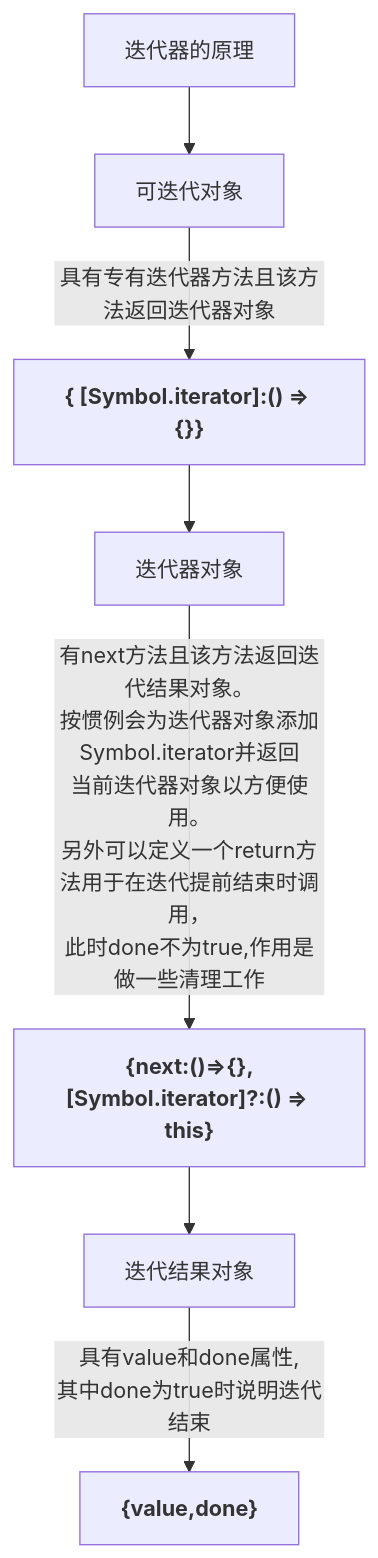
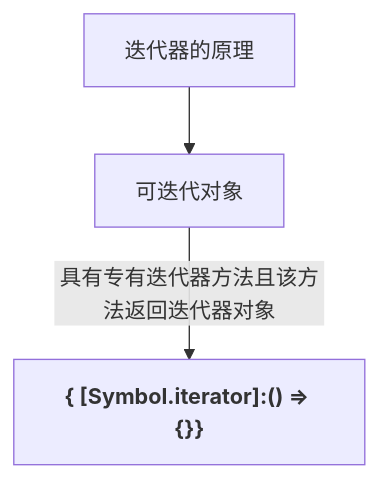
Before and after one commit to dxyqqs/javascript-the_definitive_guide: the diagram in 12/12-1/README.md, drawn with Mermaid. The commit also changed other lines of this file, not shown here.

Commit message:
fixed the mermaid issue

````diff
--- a/12/12-1/README.md
+++ b/12/12-1/README.md
@@ -3,11 +3,6 @@
 ```mermaid
     graph TD
         A[迭代器的原理] --> 
-            B["可迭代对象"] --> 
-                |具有专有迭代器方法且该方法返回迭代器对象|Bmarkdown["`**{ [Symbol.iterator]:() => {}}**`"] -->
-                C["迭代器对象"] -->
-                    |有next方法且该方法返回迭代结果对象。\n按惯例会为迭代器对象添加Symbol.iterator并返回\n当前迭代器对象以方便使用。\n另外可以定义一个return方法用于在迭代提前结束时调用，\n此时done不为true,作用是做一些清理工作|Cmarkdown["`**{next:()=>{},[Symbol.iterator]?:() => this}**`"] -->
-                        D["迭代结果对象"] --> |具有value和done属性,\n其中done为true时说明迭代结束|Dmarkdown["`**{value,done}**`"];
-        
-        
+        B["可迭代对象"] --> 
+        |具有专有迭代器方法且该方法返回迭代器对象|Bmarkdown["`**{ [Symbol.iterator]:() => {}}**`"];
 ```
````
